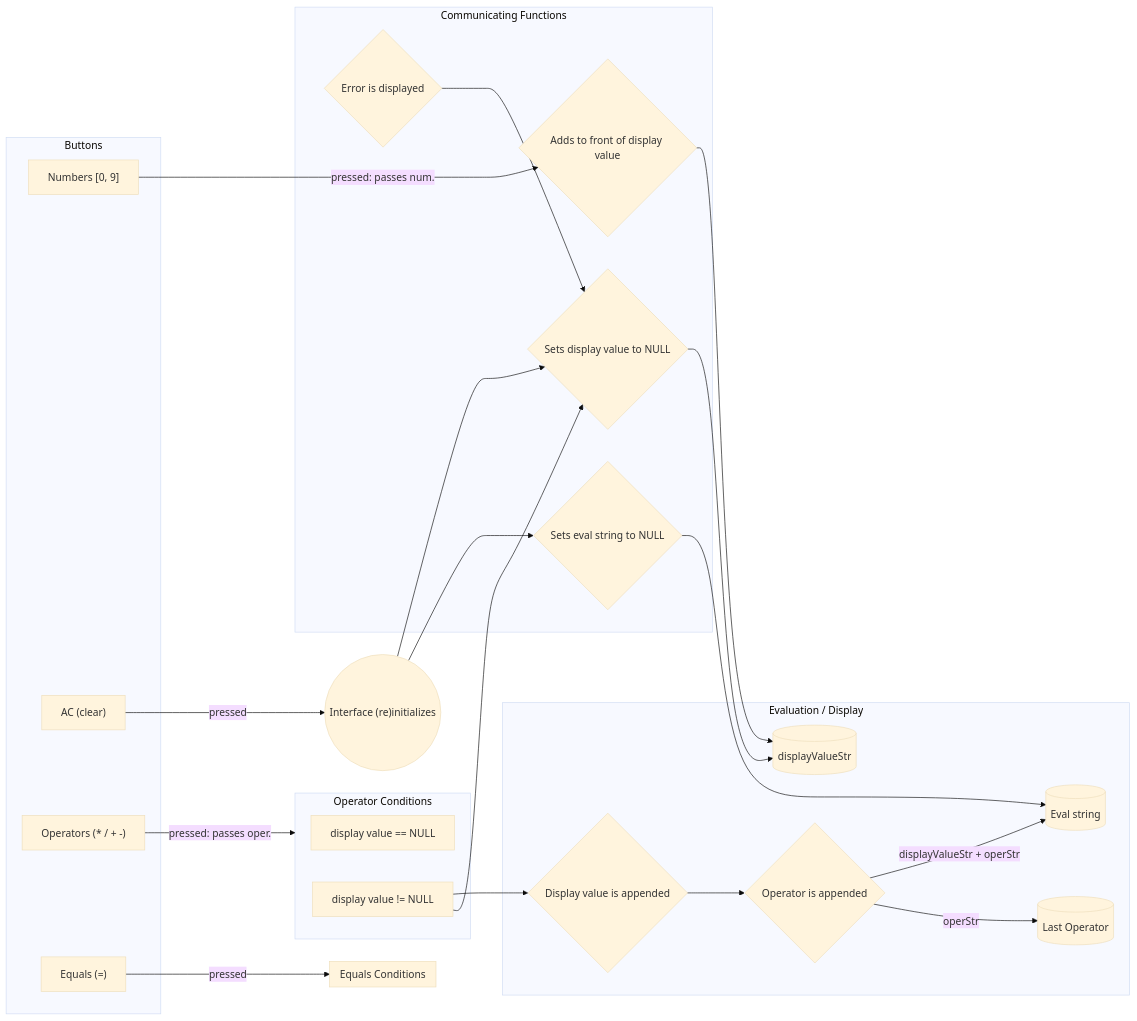
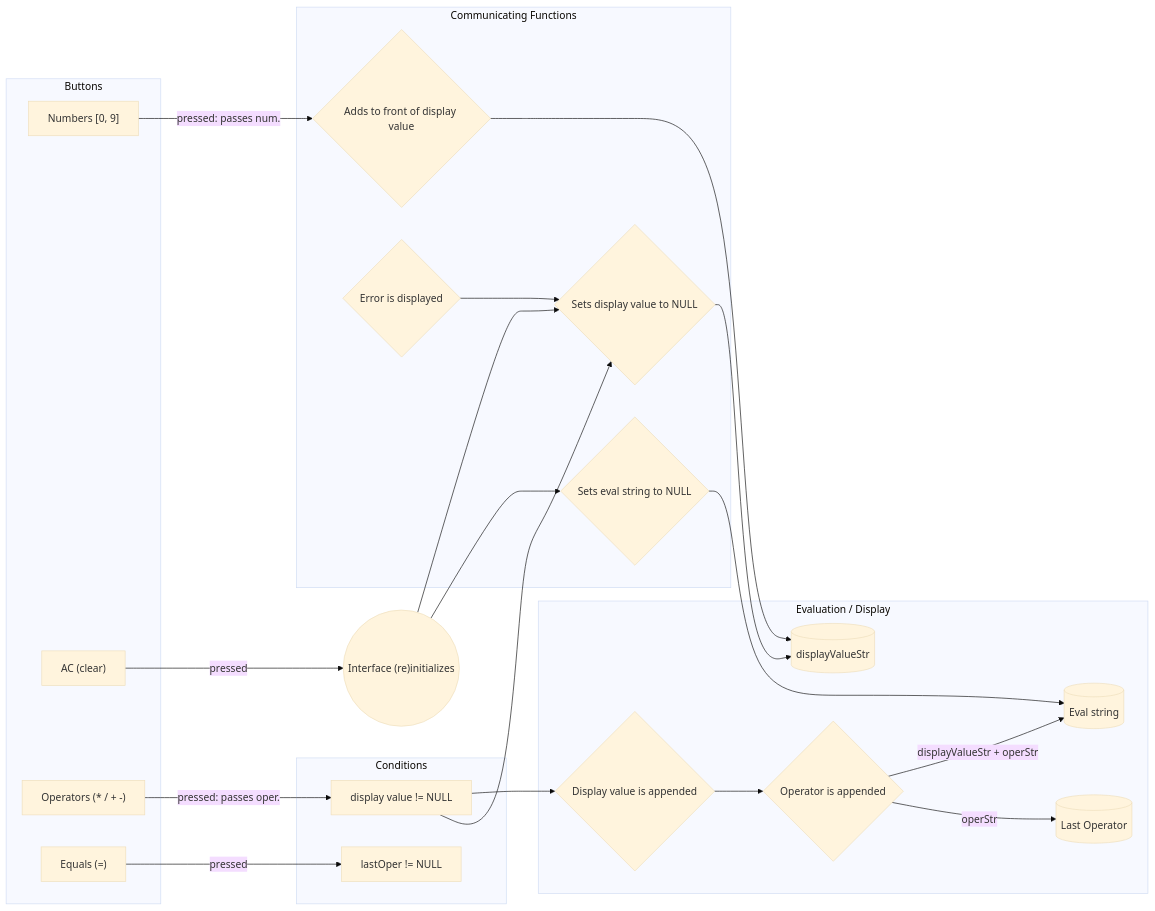
Before and after one commit to kneevin/calculator: the second of 2 diagrams in README.md, drawn with Mermaid (base theme). The commit also changed other lines of this file and 2 other files, not shown here.

Commit message:
Started writing code, added more classes for numberic buttons, also gave up on markdown flowchart.

````diff
--- a/README.md
+++ b/README.md
@@ -24,40 +43,37 @@
 ```mermaid
 flowchart LR
 init(("Interface (re)initializes")) --> nullifyDisplay
 init --> nullifyEval
 	subgraph ide1[Buttons]
 		numeric["Numbers [0, 9]"]
     clear["AC (clear)"]
 		oper["Operators (* / + -)"]
     equals["Equals (=)"]
 	end
 	subgraph ide2["Evaluation / Display"]
     lastOper[(Last Operator)]
     display[(displayValueStr)]
-    displayPassed{Display value is appended} --> 
+    displayPassed{Display value is appended} -->
     operPassed{Operator is appended}
 		eval[(Eval string)]
 	end
   subgraph ide3[Communicating Functions]
 		update{Adds to front of display value} --> display
 		error{Error is displayed} --> nullifyDisplay{Sets display value to NULL}
     nullifyEval{Sets eval string to NULL}
 	end
-  subgraph ide4[Operator Conditions]
-    displayIsNull[display value == NULL]
+  subgraph ide4[Conditions]
     displayNotNull[display value != NULL] --> displayPassed
-  end
-  subgraph ide5[Equals Conditions]
-  
+    lastOperNotNull[lastOper != NULL]
   end
 
   nullifyDisplay --> display
   nullifyEval --> eval
   clear -->|pressed| init
   displayNotNull --> nullifyDisplay
   operPassed -->|"displayValueStr + operStr"| eval
   operPassed -->|"operStr"| lastOper
-  oper -->|pressed: passes oper. | ide4
+  oper -->|pressed: passes oper. | displayNotNull
 	numeric -->|pressed: passes num. | update
-  equals --> |pressed| ide5
+  equals --> |pressed| lastOperNotNull
 ```
````
